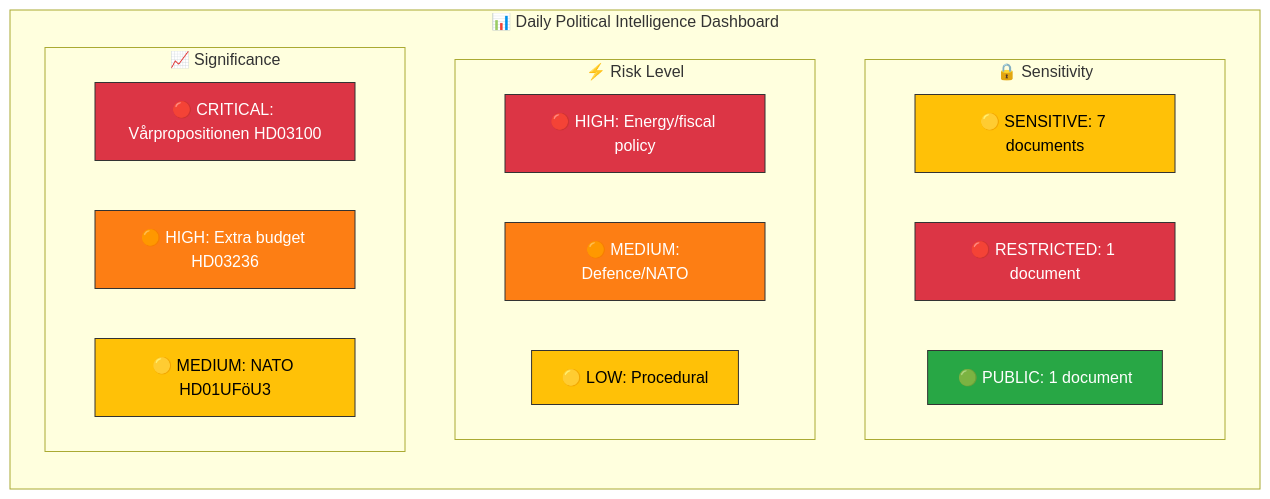
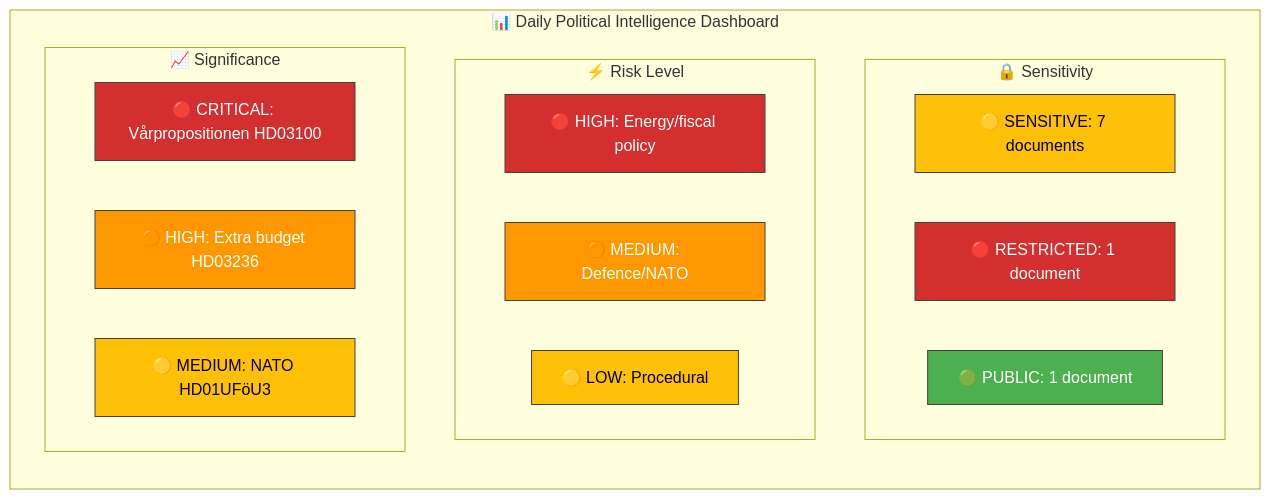
Before and after one commit to Hack23/riksdagsmonitor: the first of 2 diagrams in analysis/daily/2026-04-13/realtime-1433/synthesis-summary.md, drawn with Mermaid. The commit also changed other lines of this file and 785 other files, not shown here.

First line of the commit message:
Normalize mermaid colors across 786 analysis artifacts to ISMS Style Guide palette

````diff
--- a/analysis/daily/2026-04-13/realtime-1433/synthesis-summary.md
+++ b/analysis/daily/2026-04-13/realtime-1433/synthesis-summary.md
@@ -16,30 +16,30 @@
 ```mermaid
 graph TD
     subgraph "📊 Daily Political Intelligence Dashboard"
         direction TB
         subgraph "🔒 Sensitivity"
             S1["🟡 SENSITIVE: 7 documents"]
             S2["🔴 RESTRICTED: 1 document"]
             S3["🟢 PUBLIC: 1 document"]
         end
         subgraph "⚡ Risk Level"
             R1["🔴 HIGH: Energy/fiscal policy"]
             R2["🟠 MEDIUM: Defence/NATO"]
             R3["🟡 LOW: Procedural"]
         end
         subgraph "📈 Significance"
             SIG1["🔴 CRITICAL: Vårpropositionen HD03100"]
             SIG2["🟠 HIGH: Extra budget HD03236"]
             SIG3["🟡 MEDIUM: NATO HD01UFöU3"]
         end
     end
-    style S1 fill:#ffc107,stroke:#333,color:#000
-    style S2 fill:#dc3545,stroke:#333,color:#fff
-    style S3 fill:#28a745,stroke:#333,color:#fff
-    style R1 fill:#dc3545,stroke:#333,color:#fff
-    style R2 fill:#fd7e14,stroke:#333,color:#fff
-    style R3 fill:#ffc107,stroke:#333,color:#000
-    style SIG1 fill:#dc3545,stroke:#333,color:#fff
-    style SIG2 fill:#fd7e14,stroke:#333,color:#fff
-    style SIG3 fill:#ffc107,stroke:#333,color:#000
+    style S1 fill:#FFC107,stroke:#424242,color:#000000
+    style S2 fill:#D32F2F,stroke:#424242,color:#FFFFFF
+    style S3 fill:#4CAF50,stroke:#424242,color:#FFFFFF
+    style R1 fill:#D32F2F,stroke:#424242,color:#FFFFFF
+    style R2 fill:#FF9800,stroke:#424242,color:#FFFFFF
+    style R3 fill:#FFC107,stroke:#424242,color:#000000
+    style SIG1 fill:#D32F2F,stroke:#424242,color:#FFFFFF
+    style SIG2 fill:#FF9800,stroke:#424242,color:#FFFFFF
+    style SIG3 fill:#FFC107,stroke:#424242,color:#000000
 ```
````
